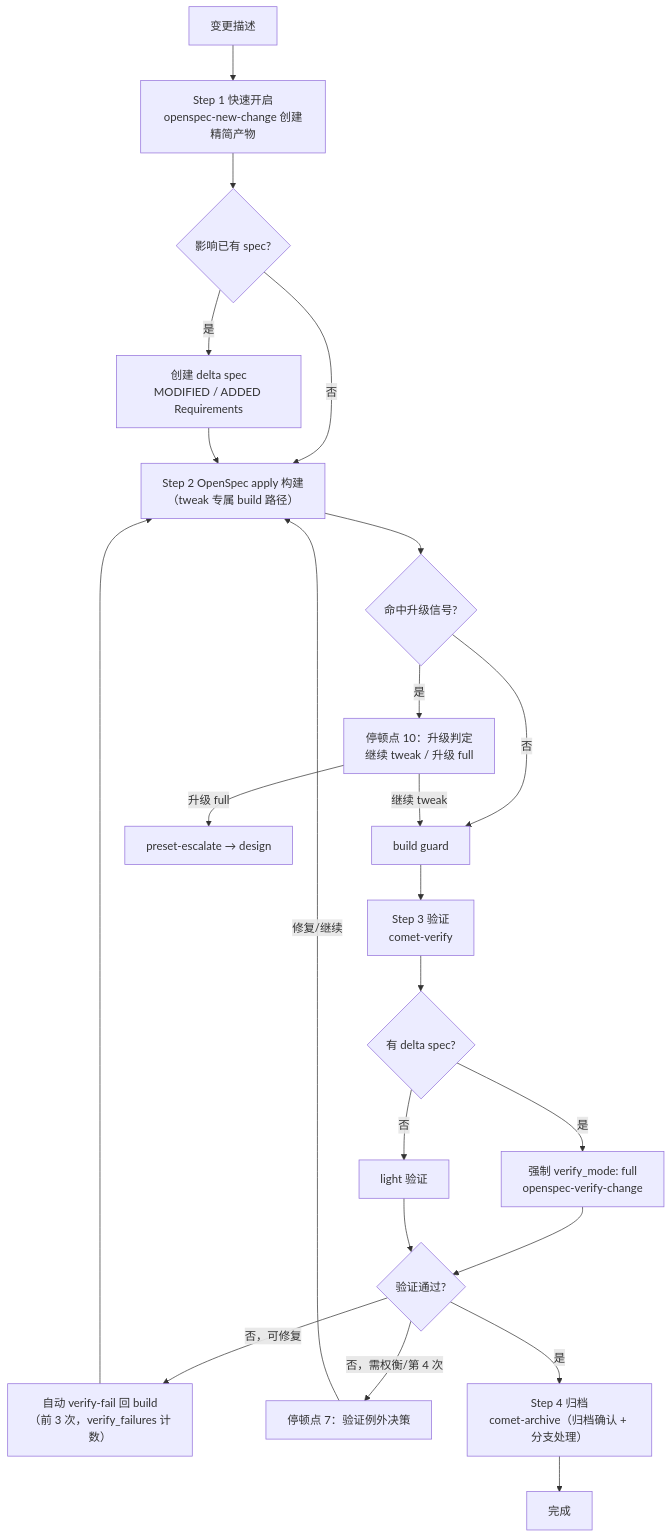
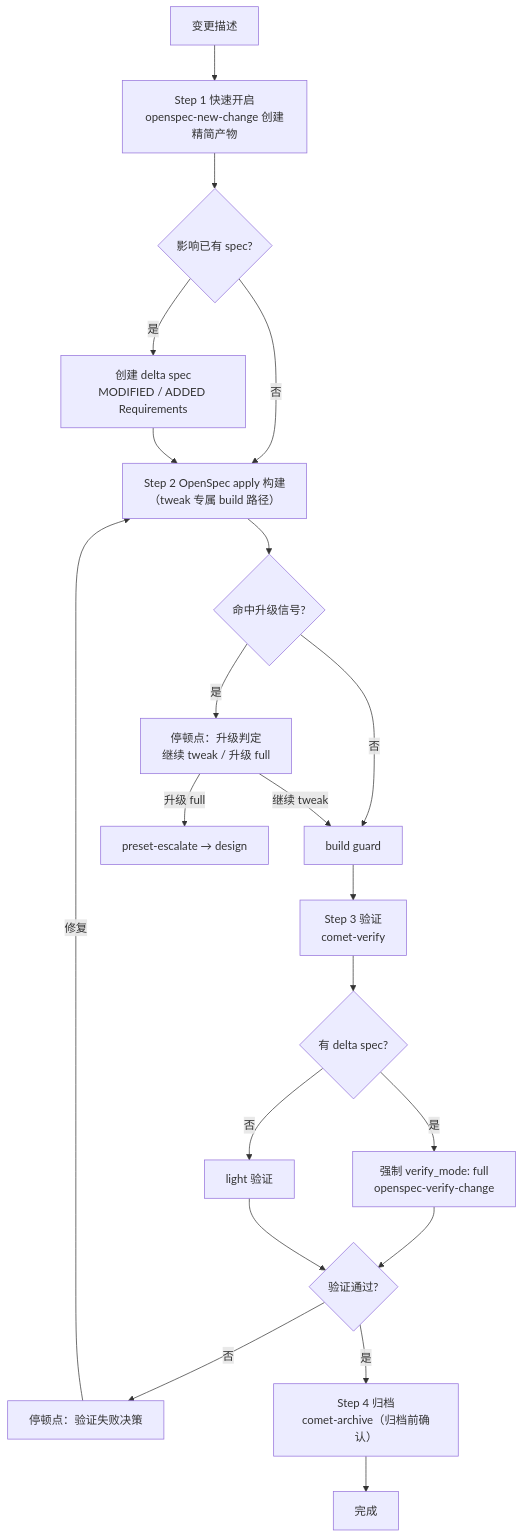
The diagram in zh/presets/tweak.mdx (rpamis/comet-website-docs), drawn with Mermaid before and after one commit. The commit also changed other lines of this file and 114 other files, not shown here.

````diff
--- a/zh/presets/tweak.mdx
+++ b/zh/presets/tweak.mdx
@@ -76,25 +86,23 @@
 ```mermaid
 flowchart TD
     Start["变更描述"] --> S1["Step 1 快速开启<br/>openspec-new-change 创建精简产物"]
     S1 --> Delta{"影响已有 spec?"}
     Delta -->|是| CreateDelta["创建 delta spec<br/>MODIFIED / ADDED Requirements"]
     Delta -->|否| S2["Step 2 OpenSpec apply 构建<br/>（tweak 专属 build 路径）"]
     CreateDelta --> S2
     S2 --> Esc{"命中升级信号?"}
-    Esc -->|是| EscStop["停顿点 10：升级判定<br/>继续 tweak / 升级 full"]
+    Esc -->|是| EscStop["停顿点：升级判定<br/>继续 tweak / 升级 full"]
     Esc -->|否| Guard["build guard"]
     EscStop -->|继续 tweak| Guard
     EscStop -->|升级 full| EscUp["preset-escalate → design"]
     Guard --> S3["Step 3 验证<br/>comet-verify"]
     S3 --> HasDelta{"有 delta spec?"}
     HasDelta -->|是| FullV["强制 verify_mode: full<br/>openspec-verify-change"]
     HasDelta -->|否| LightV["light 验证"]
     FullV --> Vf{"验证通过?"}
     LightV --> Vf
-    Vf -->|否，可修复| Auto["自动 verify-fail 回 build<br/>（前 3 次，verify_failures 计数）"]
-    Vf -->|否，需权衡/第 4 次| VfStop["停顿点 7：验证例外决策"]
-    Auto --> S2
-    VfStop -->|修复/继续| S2
-    Vf -->|是| S4["Step 4 归档<br/>comet-archive（归档确认 + 分支处理）"]
+    Vf -->|否| VfStop["停顿点：验证失败决策"]
+    VfStop -->|修复| S2
+    Vf -->|是| S4["Step 4 归档<br/>comet-archive（归档前确认）"]
     S4 --> Done["完成"]
 ```
````
